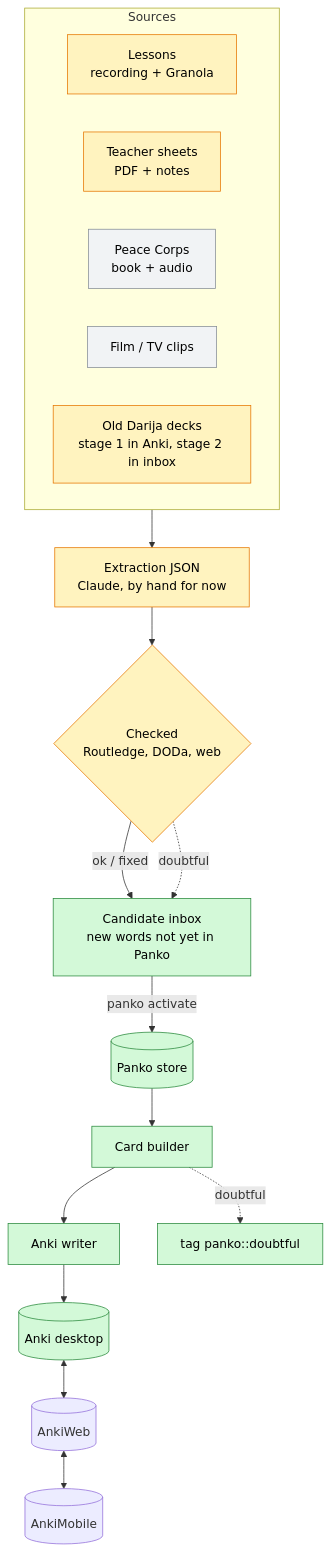
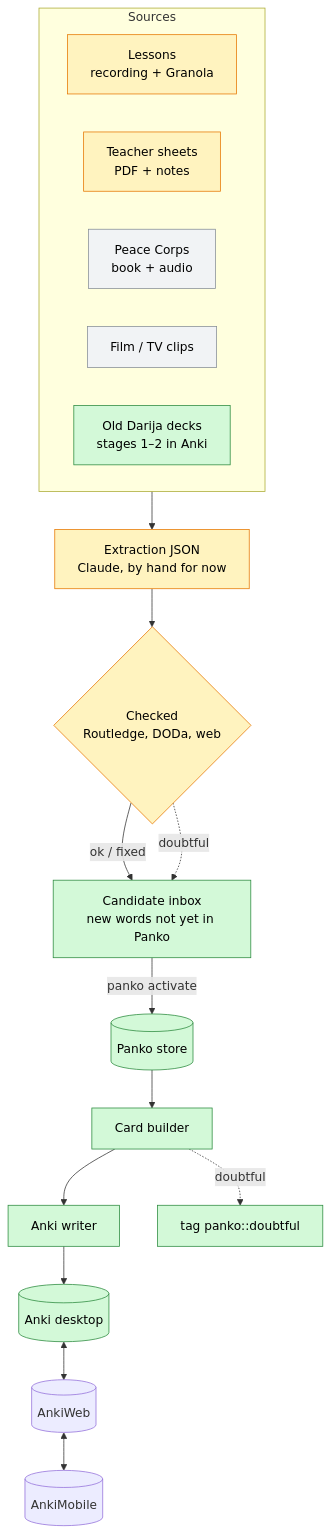
The first of 5 diagrams in docs/ARCHITECTURE.md (NotAHill/panko), drawn with Mermaid before and after one commit. The commit also changed 7 other files, not shown here.

First line of the commit message:
Stage 2 of old decks in Anki (2,587 notes); pictures for every card that benefits

````diff
--- a/docs/ARCHITECTURE.md
+++ b/docs/ARCHITECTURE.md
@@ -12,25 +12,25 @@
 ```mermaid
 flowchart TB
     subgraph Sources
         direction LR
         L[Lessons<br/>recording + Granola]:::part
         T[Teacher sheets<br/>PDF + notes]:::part
         PC[Peace Corps<br/>book + audio]:::plan
         M[Film / TV clips]:::plan
-        D[Old Darija decks<br/>stage 1 in Anki, stage 2 in inbox]:::part
+        D[Old Darija decks<br/>stages 1–2 in Anki]:::built
     end
     Sources --> X[Extraction JSON<br/>Claude, by hand for now]:::part
     X --> C{Checked<br/>Routledge, DODa, web}:::part
     C -- ok / fixed --> IN[Candidate inbox<br/>new words not yet in Panko]:::built
     C -. doubtful .-> IN
     IN -- panko activate --> S[(Panko store)]:::built
     S --> B[Card builder]:::built
     B --> W[Anki writer]:::built
     B -. doubtful .-> F[tag panko::doubtful]:::built
     W --> A[(Anki desktop)]:::built
     A <--> AW[(AnkiWeb)] <--> AM[(AnkiMobile)]
 
     classDef built fill:#d3f9d8,stroke:#2b8a3e,color:#000
     classDef part fill:#fff3bf,stroke:#e67700,color:#000
     classDef plan fill:#f1f3f5,stroke:#868e96,color:#000
 ```
````
